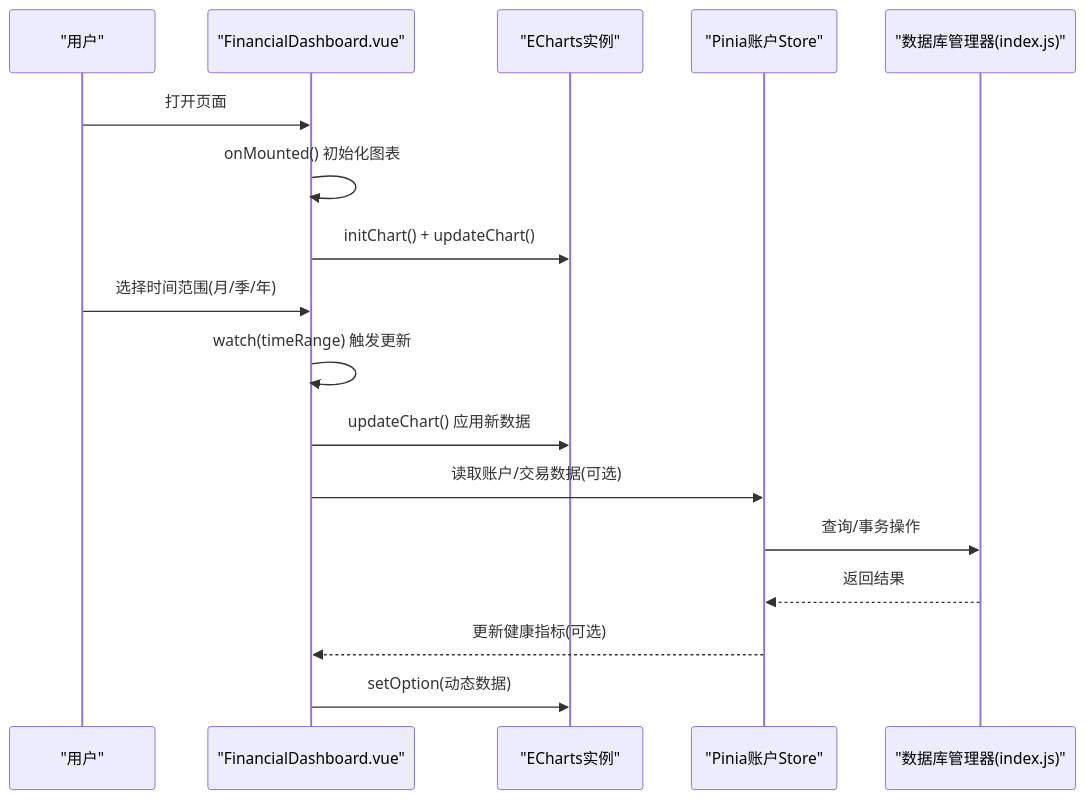
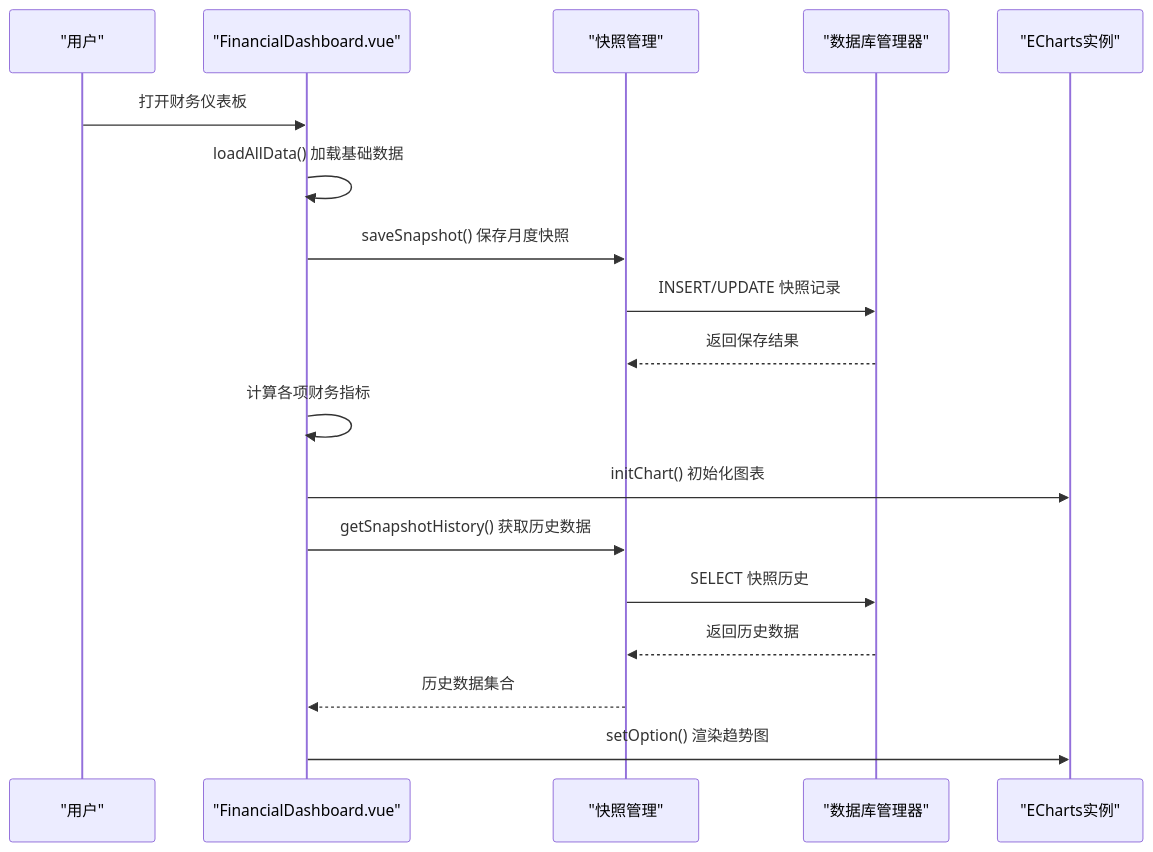
Before and after one commit to xiao-lin-unit/yuan: the second of 5 diagrams in .qoder/repowiki/zh/content/财务分析/财务仪表板.md, drawn with Mermaid. The commit also changed other lines of this file and 9 other files, not shown here.

````diff
--- a/.qoder/repowiki/zh/content/财务分析/财务仪表板.md
+++ b/.qoder/repowiki/zh/content/财务分析/财务仪表板.md
@@ -78,19 +92,20 @@
 ```mermaid
 sequenceDiagram
 participant U as "用户"
 participant View as "FinancialDashboard.vue"
+participant Snap as "快照管理"
+participant DB as "数据库管理器"
 participant Chart as "ECharts实例"
-participant Store as "Pinia账户Store"
-participant DB as "数据库管理器(index.js)"
-U->>View : 打开页面
-View->>View : onMounted() 初始化图表
-View->>Chart : initChart() + updateChart()
-U->>View : 选择时间范围(月/季/年)
-View->>View : watch(timeRange) 触发更新
-View->>Chart : updateChart() 应用新数据
-View->>Store : 读取账户/交易数据(可选)
-Store->>DB : 查询/事务操作
-DB-->>Store : 返回结果
-Store-->>View : 更新健康指标(可选)
-View->>Chart : setOption(动态数据)
+U->>View : 打开财务仪表板
+View->>View : loadAllData() 加载基础数据
+View->>Snap : saveSnapshot() 保存月度快照
+Snap->>DB : INSERT/UPDATE 快照记录
+DB-->>Snap : 返回保存结果
+View->>View : 计算各项财务指标
+View->>Chart : initChart() 初始化图表
+View->>Snap : getSnapshotHistory() 获取历史数据
+Snap->>DB : SELECT 快照历史
+DB-->>Snap : 返回历史数据
+Snap-->>View : 历史数据集合
+View->>Chart : setOption() 渲染趋势图
 ```
````
